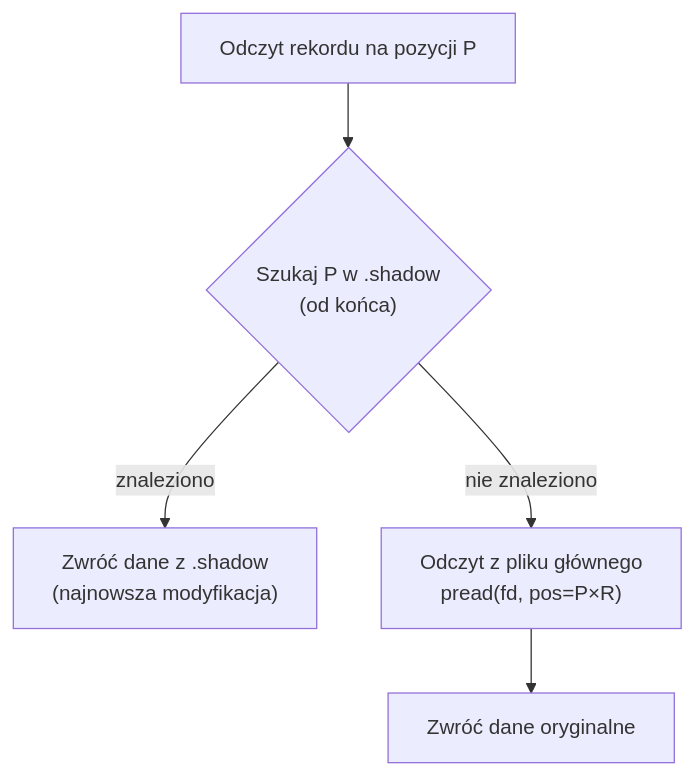
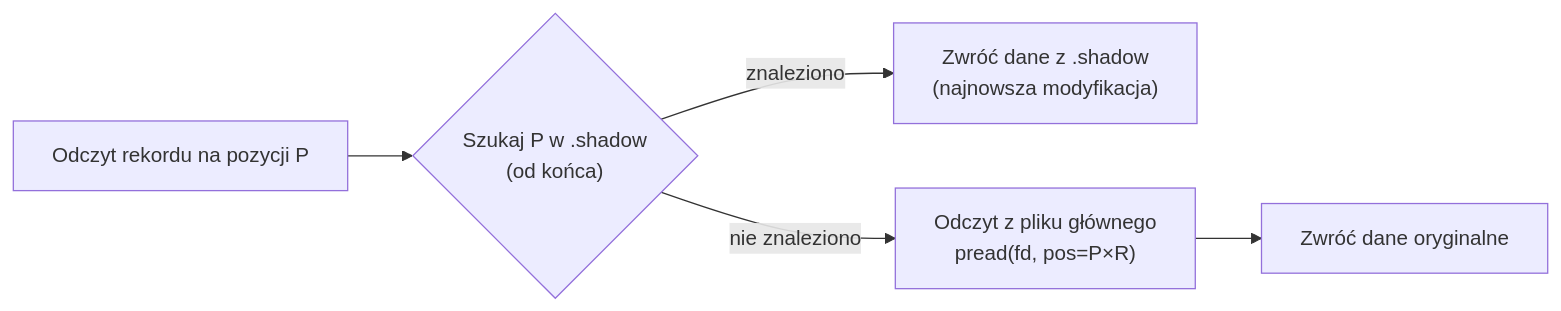
Before and after one commit to michalwidera/dokumentacja-rdb: the fifth of 9 diagrams in architektura-systemu-przetwarzania-danych/format-zapisu-danych/pliki.md, drawn with Mermaid. The commit also changed 7 other files, not shown here.

````diff
--- a/architektura-systemu-przetwarzania-danych/format-zapisu-danych/pliki.md
+++ b/architektura-systemu-przetwarzania-danych/format-zapisu-danych/pliki.md
@@ -430,8 +430,9 @@
 ```mermaid
-flowchart TD
+%% pdf-width: 70%
+flowchart LR
     Q["Odczyt rekordu na pozycji P"]
     Q --> SH{"Szukaj P w .shadow\n(od końca)"}
     SH -->|znaleziono| RET1["Zwróć dane z .shadow\n(najnowsza modyfikacja)"]
     SH -->|nie znaleziono| MAIN["Odczyt z pliku głównego\npread(fd, pos=P×R)"]
     MAIN --> RET2["Zwróć dane oryginalne"]
 ```
````
